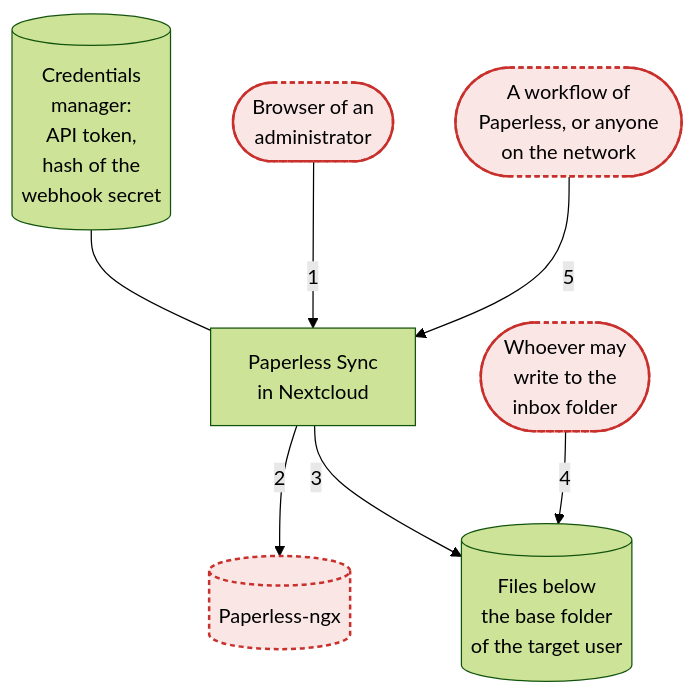
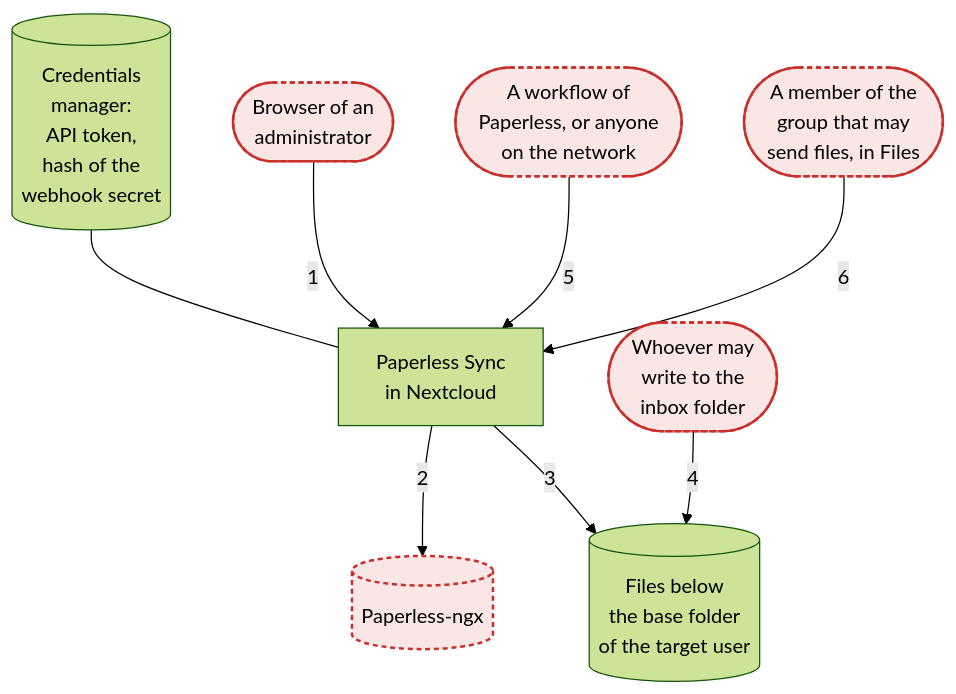
The diagram in docs/diagrams/the-trust-boundaries-of-paperless-sync.mmd (Dennis-Otto/paperless-sync), drawn with Mermaid (forest theme) before and after one commit. The commit also changed 99 other files, not shown here.

First line of the commit message:
feat(files): 'Send to Paperless' and 'Open in Paperless' file actions (#194)

```diff
--- a/docs/diagrams/the-trust-boundaries-of-paperless-sync.mmd
+++ b/docs/diagrams/the-trust-boundaries-of-paperless-sync.mmd
@@ -1,21 +1,23 @@
 flowchart TB
     accTitle: The trust boundaries of Paperless Sync
-    accDescr: Five numbered arrows cross a trust boundary. 1: the browser of an administrator sends requests to Paperless Sync in Nextcloud. 2: the app calls Paperless-ngx. 3: the app writes the files below the base folder of the target user. 4: whoever may write to the inbox folder puts files there. 5: a workflow of Paperless-ngx, or anyone on the network, calls the webhook of the app. The app keeps the API token and the hash of the secret of the webhook in the credentials manager. The browser, the writers of the inbox, Paperless-ngx and the callers of the webhook are untrusted and have a dashed red border.
+    accDescr: Six numbered arrows cross a trust boundary. 1: the browser of an administrator sends requests to Paperless Sync in Nextcloud. 2: the app calls Paperless-ngx. 3: the app writes the files below the base folder of the target user. 4: whoever may write to the inbox folder puts files there. 5: a workflow of Paperless-ngx, or anyone on the network, calls the webhook of the app. 6: a member of the group that may send files sends files of their own from Files. The app keeps the API token and the hash of the secret of the webhook in the credentials manager. The browser, the writers of the inbox, Paperless-ngx, the callers of the webhook and the senders in Files are untrusted and have a dashed red border.
 
     credentials[("Credentials<br>manager:<br>API token,<br>hash of the<br>webhook secret")]
     browser(["Browser of an<br>administrator"])
     callers(["A workflow of<br>Paperless, or anyone<br>on the network"])
     app["Paperless Sync<br>in Nextcloud"]
     writers(["Whoever may<br>write to the<br>inbox folder"])
+    senders(["A member of the<br>group that may<br>send files, in Files"])
     paperless[("Paperless-ngx")]
     files[("Files below<br>the base folder<br>of the target user")]
 
     credentials --- app
     browser -- "1" --> app
     callers -- "5" --> app
+    senders -- "6" --> app
     app -- "2" --> paperless
     app -- "3" --> files
     writers -- "4" --> files
 
     classDef untrusted fill:#c9302c1f,stroke:#c9302c,stroke-width:2px,stroke-dasharray:4 3
-    class browser,callers,writers,paperless untrusted
+    class browser,callers,writers,senders,paperless untrusted
```
